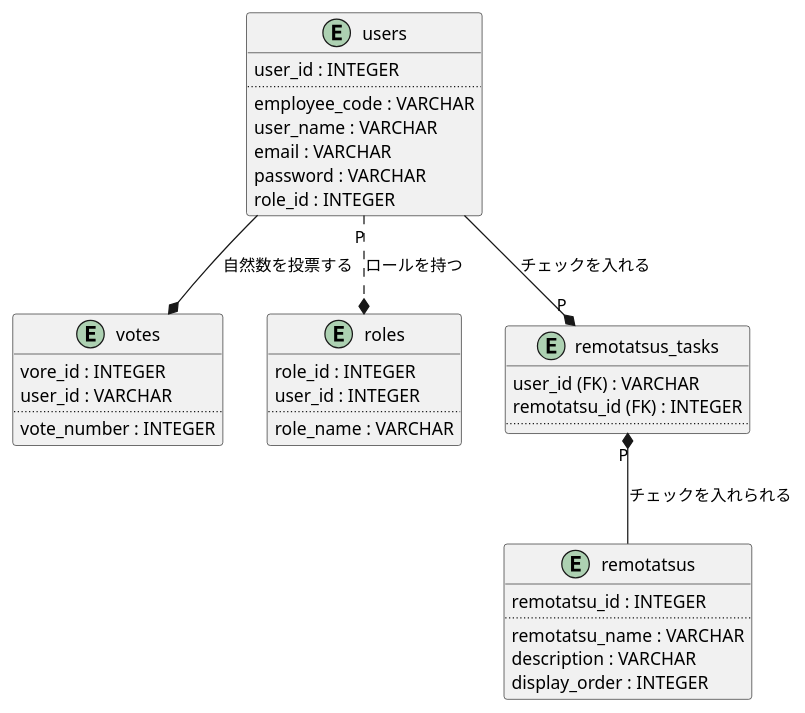
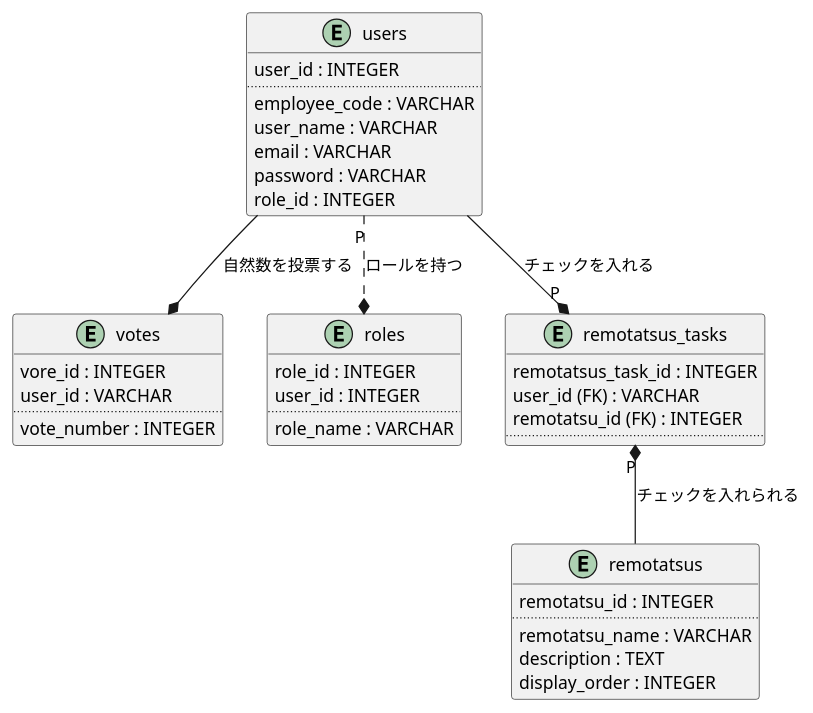
Before and after one commit to Inazuma110/remotatsu_jumbo: the first of 2 diagrams in design_doc.md, drawn with PlantUML. The commit also changed other lines of this file and 5 other files, not shown here.

````diff
--- a/design_doc.md
+++ b/design_doc.md
@@ -3,48 +3,49 @@
 ```plantuml
 @startuml
 entity "users" as user_table {
   user_id : INTEGER
   ..
   employee_code : VARCHAR
   user_name : VARCHAR
   email : VARCHAR
   password : VARCHAR
   role_id : INTEGER
 }
 
 entity "votes" as vote_table {
   vore_id : INTEGER
   user_id : VARCHAR
   ..
   vote_number : INTEGER
 }
 
 entity "roles" as role_table {
   role_id : INTEGER
   user_id : INTEGER
   ..
   role_name : VARCHAR
 }
 
 entity "remotatsus" as remotatsu_table{
   remotatsu_id : INTEGER
   ..
   remotatsu_name : VARCHAR
-  description : VARCHAR
+  description : TEXT
   display_order : INTEGER
 }
 
 entity "remotatsus_tasks" as check_table{
+  remotatsus_task_id : INTEGER
   user_id (FK) : VARCHAR
   remotatsu_id (FK) : INTEGER
   ..
 }
 
 user_table --* "P" check_table : チェックを入れる
 check_table  "P" *-- remotatsu_table : チェックを入れられる
 user_table "P" ..* role_table : ロールを持つ
 user_table --* vote_table : 自然数を投票する
 
 
 @enduml
 ```
````
